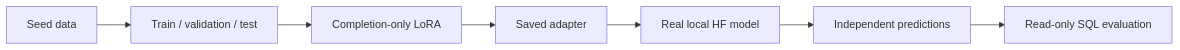
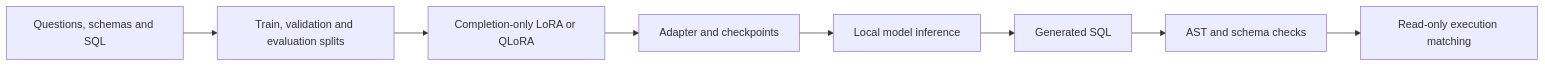
Before and after one commit to adexxhh/slm-finetuning-distillation-pipeline: the diagram in README.md, drawn with Mermaid. The commit also changed other lines of this file and 1 other file, not shown here.

Commit message:
Focus README on project purpose architecture and usage

```diff
--- a/README.md
+++ b/README.md
@@ -7,9 +9,10 @@
 ~~~mermaid
 flowchart LR
-  Data[Seed data] --> Split[Train / validation / test]
-  Split --> Train[Completion-only LoRA]
-  Train --> Adapter[Saved adapter]
-  Adapter --> Model[Real local HF model]
-  Model --> Predictions[Independent predictions]
-  Predictions --> Evaluation[Read-only SQL evaluation]
+  Data[Questions, schemas and SQL] --> Split[Train, validation and evaluation splits]
+  Split --> Train[Completion-only LoRA or QLoRA]
+  Train --> Adapter[Adapter and checkpoints]
+  Adapter --> Inference[Local model inference]
+  Inference --> Predictions[Generated SQL]
+  Predictions --> Validation[AST and schema checks]
+  Validation --> Evaluation[Read-only execution matching]
 ~~~
```
